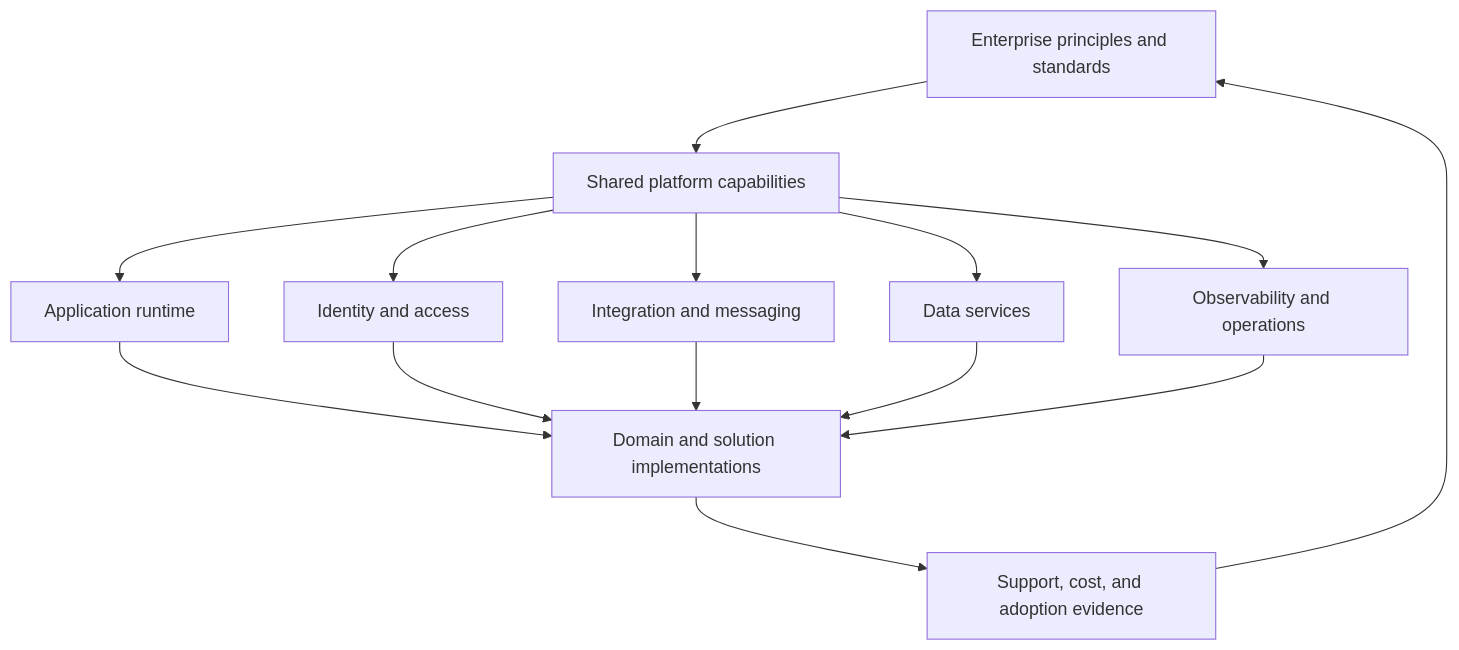
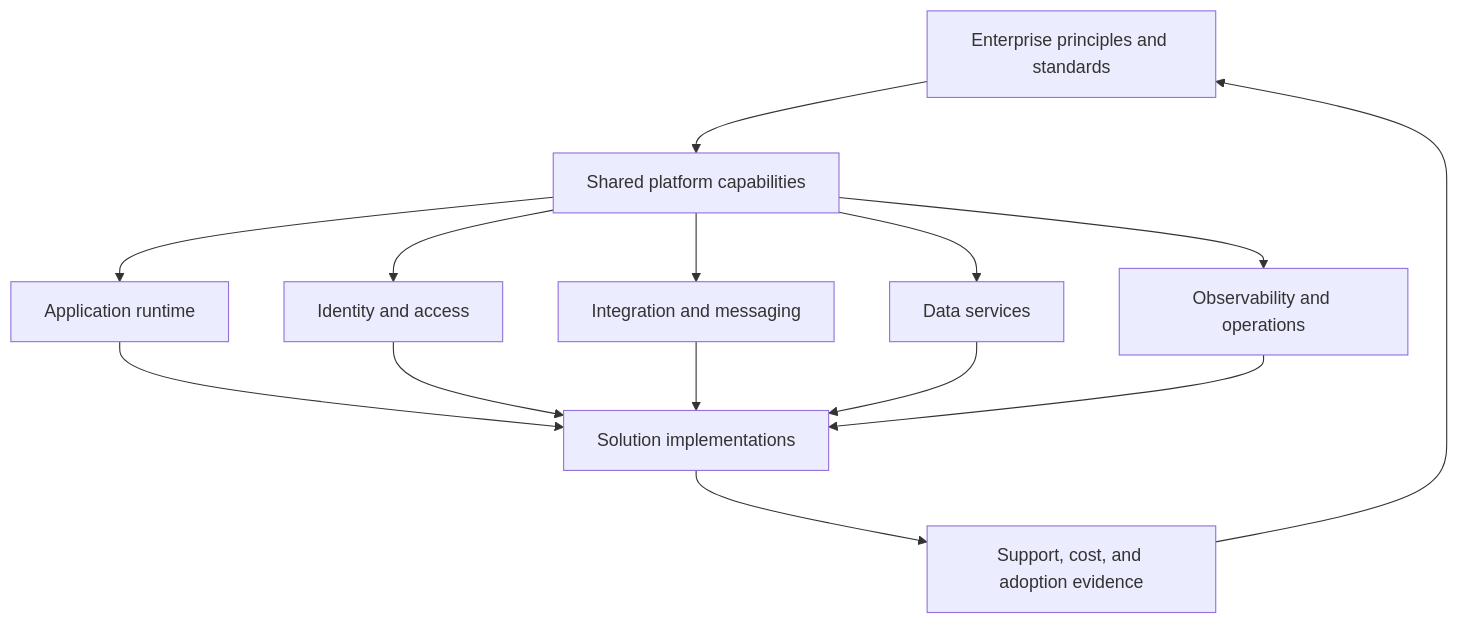
The first of 10 diagrams in 18_Enterprise_Architecture/CH07_Technology_Architecture.md (joydasss/Architect), drawn with Mermaid before and after one commit. The commit also changed other lines of this file and 22 other files, not shown here.

Commit message:
Architecture changes

````diff
--- a/18_Enterprise_Architecture/CH07_Technology_Architecture.md
+++ b/18_Enterprise_Architecture/CH07_Technology_Architecture.md
@@ -11,16 +64,16 @@
 ```mermaid
 flowchart TB
-    Standards[Enterprise principles and standards] --> Platform[Shared platform capabilities]
-    Platform --> Runtime[Application runtime]
-    Platform --> Identity[Identity and access]
-    Platform --> Integration[Integration and messaging]
-    Platform --> Data[Data services]
-    Platform --> Operations[Observability and operations]
-    Runtime --> Solutions[Domain and solution implementations]
+    Principles["Enterprise principles and standards"] --> Shared["Shared platform capabilities"]
+    Shared --> Runtime["Application runtime"]
+    Shared --> Identity["Identity and access"]
+    Shared --> Integration["Integration and messaging"]
+    Shared --> Data["Data services"]
+    Shared --> Operations["Observability and operations"]
+    Runtime --> Solutions["Solution implementations"]
     Identity --> Solutions
     Integration --> Solutions
     Data --> Solutions
     Operations --> Solutions
-    Solutions --> Feedback[Support, cost, and adoption evidence]
-    Feedback --> Standards
+    Solutions --> Feedback["Support, cost, and adoption evidence"]
+    Feedback --> Principles
 ```
````
